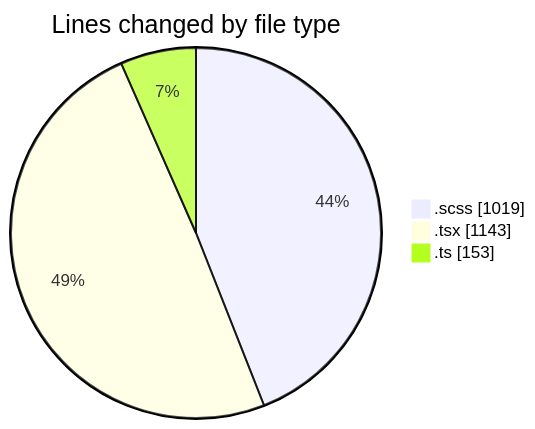
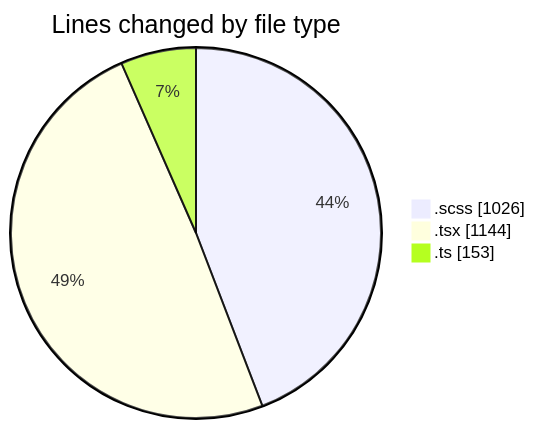
Before and after one commit to momahboobian/code-tracking: the first of 2 diagrams in 2025-03-28/cda/README.md, drawn with Mermaid. The commit also changed other lines of this file and 1 other file, not shown here.

````diff
--- a/2025-03-28/cda/README.md
+++ b/2025-03-28/cda/README.md
@@ -26,7 +26,7 @@
 ```mermaid
 pie showData
 title Lines changed by file type
-".scss" : 1019
-".tsx" : 1143
+".scss" : 1026
+".tsx" : 1144
 ".ts" : 153
 ```
````
